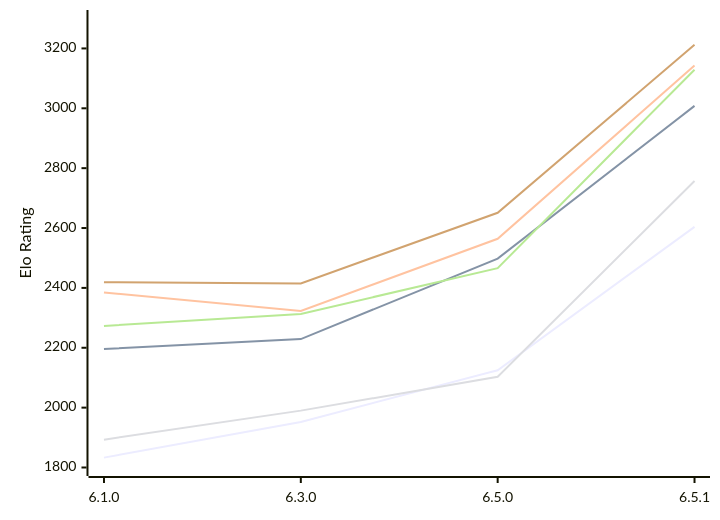
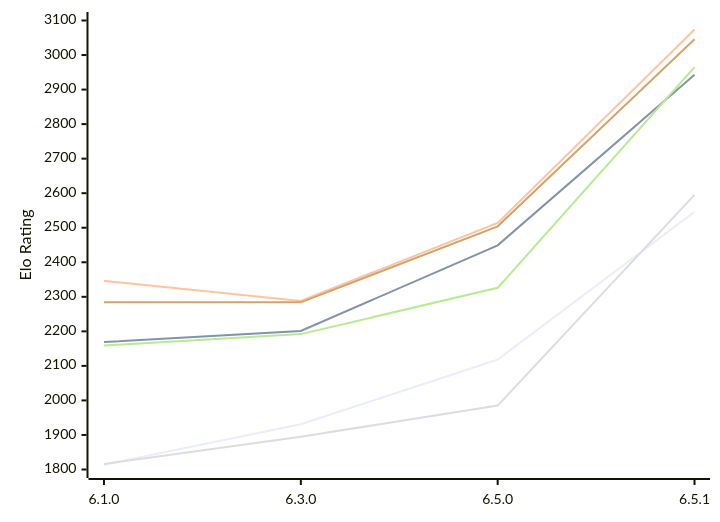
The diagram in engines/Luminex.md (computer-chess-index/cci), drawn with Mermaid before and after one commit. The commit also changed other lines of this file, not shown here.

Commit message:
Update CCI Ratings (ELO VLTC) - 2026-11-13

````diff
--- a/engines/Luminex.md
+++ b/engines/Luminex.md
@@ -53,12 +53,12 @@
 ```mermaid
 %%{init: {"theme":"base","themeVariables":{"seriesColors:['#a3a3a3','#222221','#faa371']}}}%%
 xychart-beta
   x-axis ["6.1.0", "6.3.0", "6.5.0", "6.5.1"]
-  y-axis "Elo Rating" 1800 --> 3300
-  line "E1: STC (8.0+0.08s)" [1833, 1952, 2125, 2604]
-  line "E1: LTC (60.0+0.60s)" [2196, 2229, 2498, 3008]
-  line "E1: VLTC (2m24s+1.12s)" [2385, 2323, 2564, 3143]
-  line "P1: STC (8.0+0.08s)" [1893, 1990, 2103, 2757]
-  line "P1: LTC (60.0+0.60s)" [2273, 2313, 2466, 3129]
-  line "P1: VLTC (2m24s+1.12s)" [2419, 2415, 2651, 3212]
+  y-axis "Elo Rating" 1800 --> 3100
+  line "E1: STC (8.0+0.08s)" [1814, 1931, 2118, 2546]
+  line "E1: LTC (60.0+0.60s)" [2169, 2201, 2449, 2943]
+  line "E1: VLTC (2m24s+1.12s)" [2346, 2288, 2514, 3074]
+  line "P1: STC (8.0+0.08s)" [1816, 1895, 1985, 2595]
+  line "P1: LTC (60.0+0.60s)" [2159, 2192, 2326, 2965]
+  line "P1: VLTC (2m24s+1.12s)" [2284, 2284, 2504, 3046]
 ```
````
